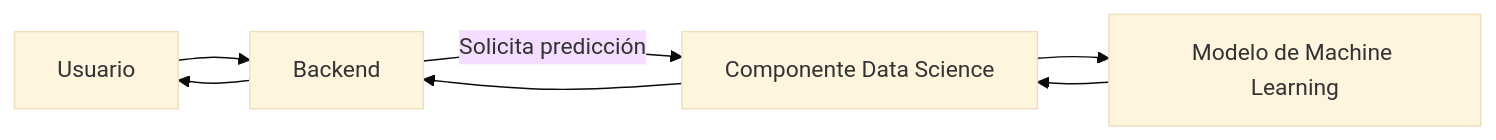
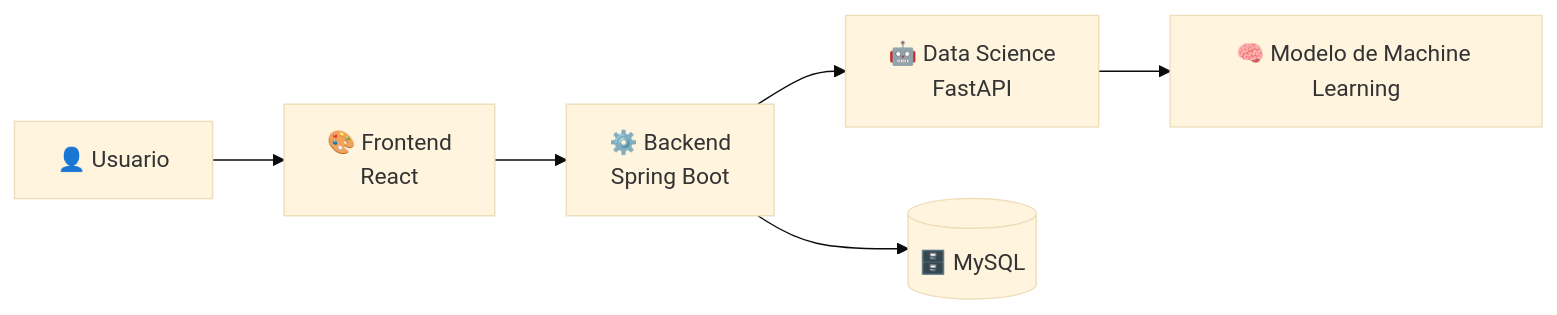
The diagram in README.md (No-Country-simulation/g9-latam-team16-techmind), drawn with Mermaid (base theme) before and after one commit. The commit also changed other lines of this file and 11 other files, not shown here.

````diff
--- a/README.md
+++ b/README.md
@@ -66,23 +76,21 @@
 ```mermaid
 flowchart LR
 
-    User["Usuario"]
+    Usuario["👤 Usuario"]
 
-    Backend["Backend"]
+    AplicacionFrontend["🎨 Frontend<br/>React"]
 
-    DataScience["Componente Data Science"]
+    ApiBackend["⚙️ Backend<br/>Spring Boot"]
 
-    MachineLearningModel["Modelo de Machine Learning"]
+    ComponenteDataScience["🤖 Data Science<br/>FastAPI"]
 
-    User --> Backend
+    ModeloClasificacion["🧠 Modelo de Machine Learning"]
 
-    Backend -->|"Solicita predicción"| DataScience
+    BaseConocimiento[("🗄️ MySQL")]
 
-    DataScience --> MachineLearningModel
-
-    MachineLearningModel --> DataScience
-
-    DataScience --> Backend
-
-    Backend --> User
+    Usuario --> AplicacionFrontend
+    AplicacionFrontend --> ApiBackend
+    ApiBackend --> ComponenteDataScience
+    ComponenteDataScience --> ModeloClasificacion
+    ApiBackend --> BaseConocimiento
 ```
````
